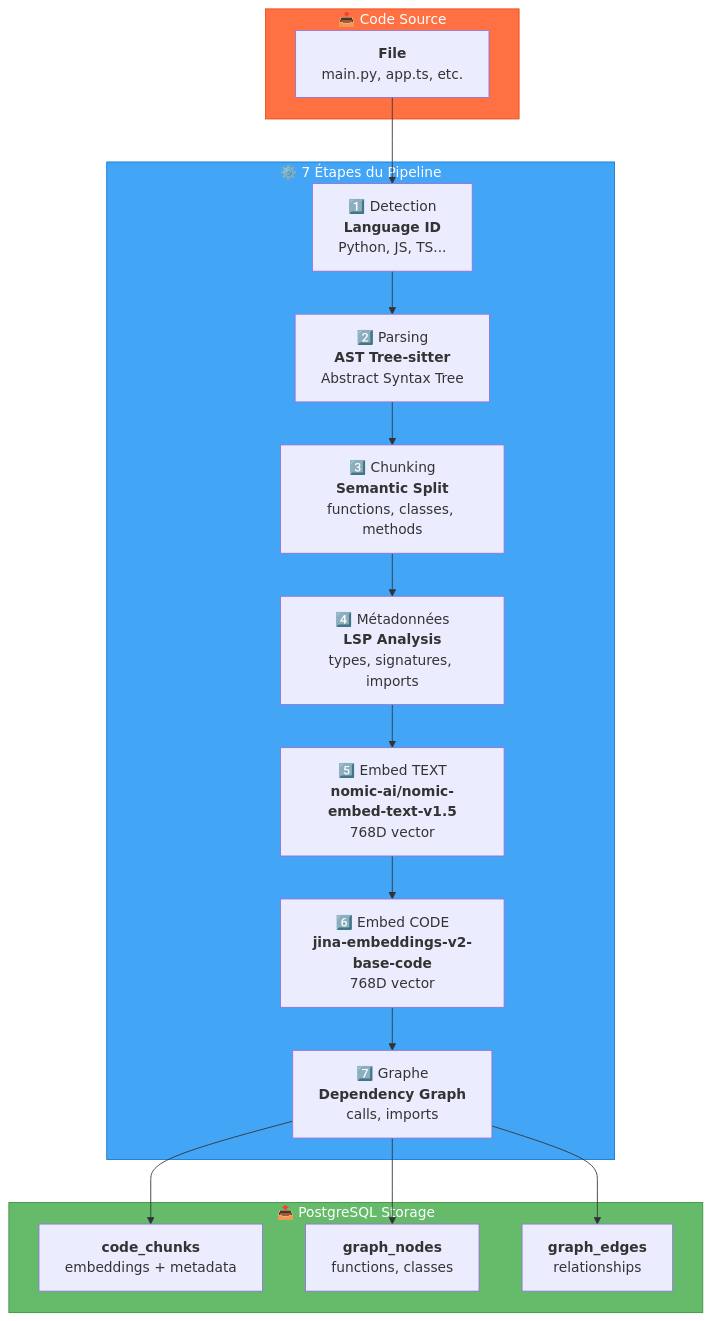
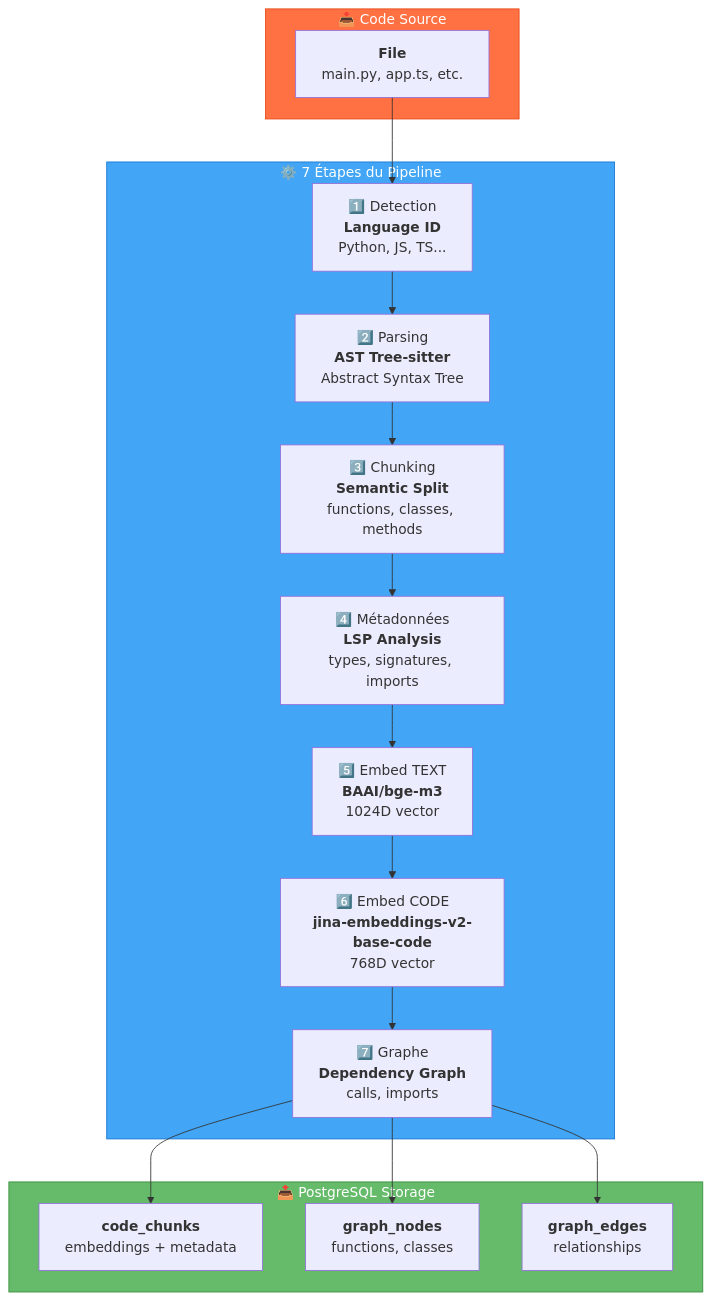
The third of 15 diagrams in docs/ARCHITECTURE.md (giak/mnemo-lite), drawn with Mermaid before and after one commit. The commit also changed other lines of this file and 3 other files, not shown here.

First line of the commit message:
docs: unifie 31 outils MCP et modele TEXT bge-m3 1024D dans les 4 fichiers restants

````diff
--- a/docs/ARCHITECTURE.md
+++ b/docs/ARCHITECTURE.md
@@ -174,30 +174,30 @@
 ```mermaid
 flowchart TB
     subgraph INPUT["📥 Code Source"]
         A["<b>File</b><br/>main.py, app.ts, etc."]
     end
 
     subgraph PROCESSING["⚙️ 7 Étapes du Pipeline"]
         B["1️⃣ Detection<br/><b>Language ID</b><br/>Python, JS, TS..."]
         C["2️⃣ Parsing<br/><b>AST Tree-sitter</b><br/>Abstract Syntax Tree"]
         D["3️⃣ Chunking<br/><b>Semantic Split</b><br/>functions, classes, methods"]
         E["4️⃣ Métadonnées<br/><b>LSP Analysis</b><br/>types, signatures, imports"]
-        F["5️⃣ Embed TEXT<br/><b>nomic-ai/nomic-embed-text-v1.5</b><br/>768D vector"]
+        F["5️⃣ Embed TEXT<br/><b>BAAI/bge-m3</b><br/>1024D vector"]
         G["6️⃣ Embed CODE<br/><b>jina-embeddings-v2-base-code</b><br/>768D vector"]
         H["7️⃣ Graphe<br/><b>Dependency Graph</b><br/>calls, imports"]
     end
 
     subgraph OUTPUT["📤 PostgreSQL Storage"]
         I["<b>code_chunks</b><br/>embeddings + metadata"]
         J["<b>graph_nodes</b><br/>functions, classes"]
         K["<b>graph_edges</b><br/>relationships"]
     end
 
     A --> B --> C --> D --> E --> F --> G --> H --> I
     H --> J
     H --> K
 
     style INPUT fill:#FF7043,stroke:#E64A19,color:#fff
     style PROCESSING fill:#42A5F5,stroke:#1976D2,color:#fff
     style OUTPUT fill:#66BB6A,stroke:#388E3C,color:#fff
 ```
````
